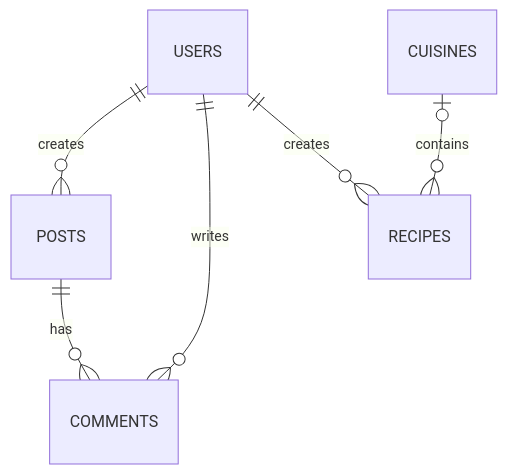
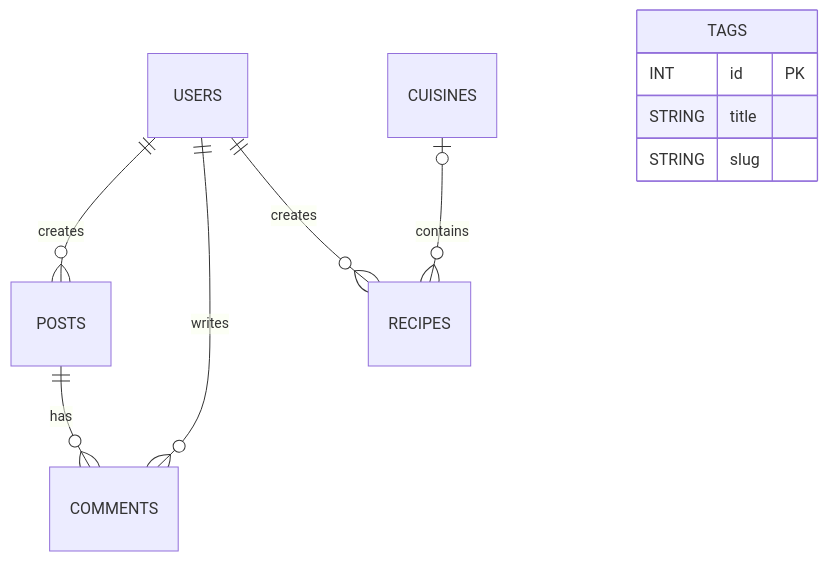
The first of 2 diagrams in README.md (ArtemKutsan/recipes-backend), drawn with Mermaid before and after one commit. The commit also changed other lines of this file and 4 other files, not shown here.

````diff
--- a/README.md
+++ b/README.md
@@ -364,8 +366,13 @@
 ```mermaid
 erDiagram
   USERS ||--o{ POSTS : "creates"
   USERS ||--o{ COMMENTS : "writes"
   USERS ||--o{ RECIPES : "creates"
   POSTS ||--o{ COMMENTS : "has"
   CUISINES |o--o{ RECIPES : "contains"
+  TAGS {
+    INT id PK
+    STRING title
+    STRING slug
+  }
 ```
````
